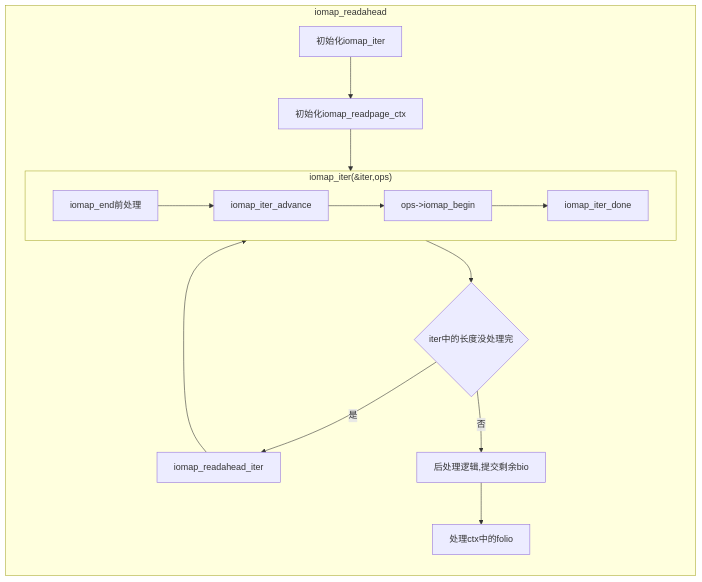
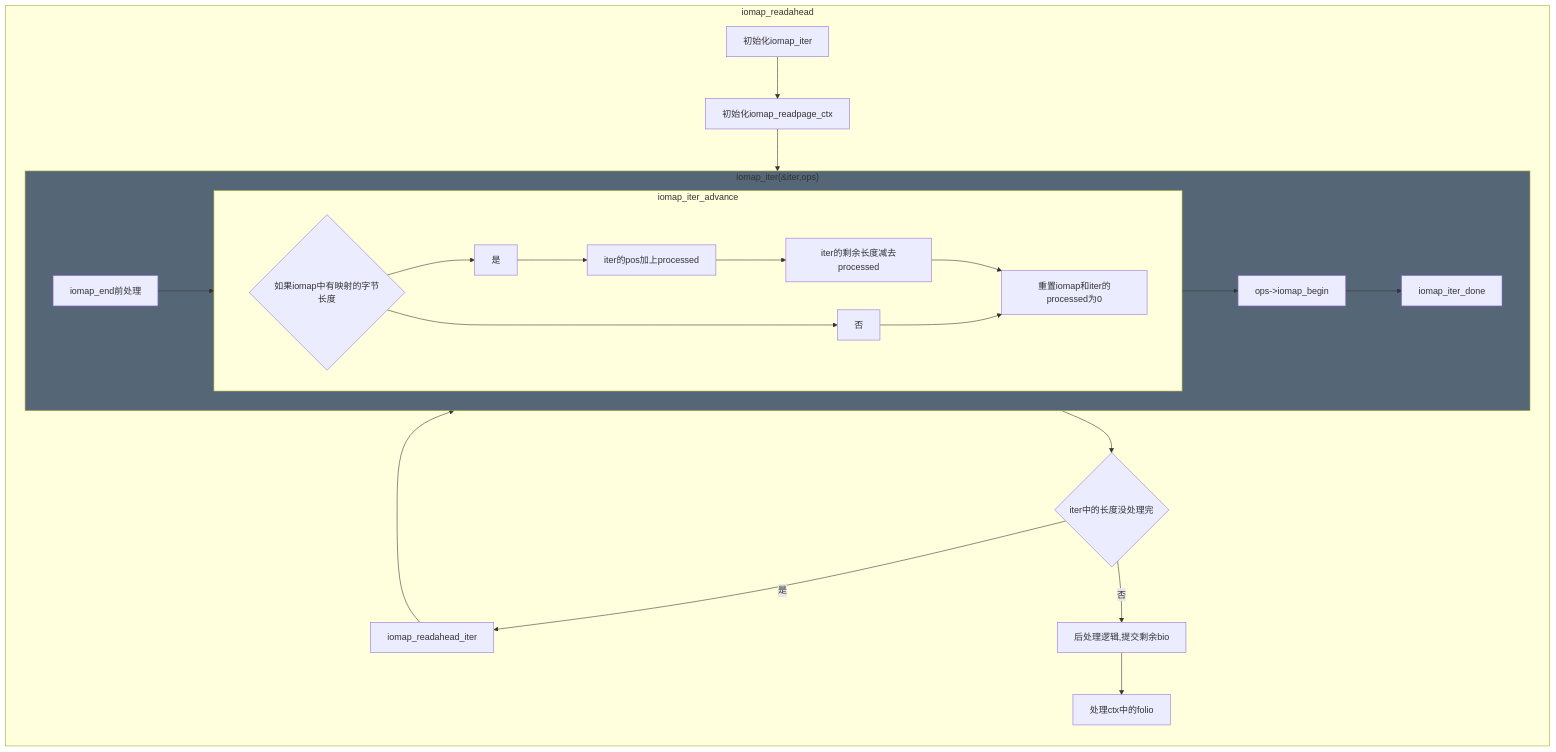
Before and after one commit to sigmanature/learn_os_note: the diagram in 6.13.1内核文档注释/fs/iomap/buffered_io.c/README.md, drawn with Mermaid.

````diff
--- a/6.13.1内核文档注释/fs/iomap/buffered_io.c/README.md
+++ b/6.13.1内核文档注释/fs/iomap/buffered_io.c/README.md
@@ -2,13 +2,19 @@
 ```mermaid
 graph LR
+    subgraph c[iomap_iter_advance]
+        1{如果iomap中有映射的字节长度}
+        1-->是-->iter的pos加上processed-->iter的剩余长度减去processed-->2[重置iomap和iter的processed为0]
+        1-->否-->2
+    end
     subgraph b["iomap_iter(&iter,ops)"]
-        G[iomap_end前处理]-->H[iomap_iter_advance]-->I["ops->iomap_begin"]-->J[iomap_iter_done]
+        G[iomap_end前处理]-->c-->I["ops->iomap_begin"]-->J[iomap_iter_done]
     end
+    style b fill:#567
     subgraph a[iomap_readahead]
         A[初始化iomap_iter]-->B[初始化iomap_readpage_ctx]-->b-->C{"iter中的长度没处理完"}
         C--是-->D[iomap_readahead_iter]-->b
         C--否-->E[后处理逻辑,提交剩余bio]-->F[处理ctx中的folio]
     end
     
 click A "https://github.com/sigmanature/learn_os_note/blob/main/6.13.1%E5%86%85%E6%A0%B8%E6%96%87%E6%A1%A3%E6%B3%A8%E9%87%8A/include/linux/iomap.h/struct_iomap_iter.md"
 ```
````
